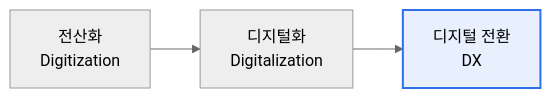
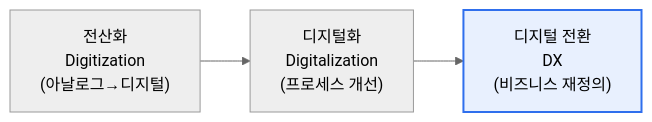
The diagram in content/digital-transformation.md (coninggu/wjdqhrhksflrltnftk), drawn with Mermaid (neutral theme) before and after one commit. The commit also changed other lines of this file and 5 other files, not shown here.

````diff
--- a/content/digital-transformation.md
+++ b/content/digital-transformation.md
@@ -15,5 +15,5 @@
 ```mermaid
 flowchart LR
-  A[전산화<br/>Digitization] --> B[디지털화<br/>Digitalization] --> C[디지털 전환<br/>DX]
+  A["전산화<br/>Digitization<br/>(아날로그→디지털)"] --> B["디지털화<br/>Digitalization<br/>(프로세스 개선)"] --> C["디지털 전환<br/>DX<br/>(비즈니스 재정의)"]
   style C fill:#e8f0fe,stroke:#2f6fed,stroke-width:2px
 ```
````
